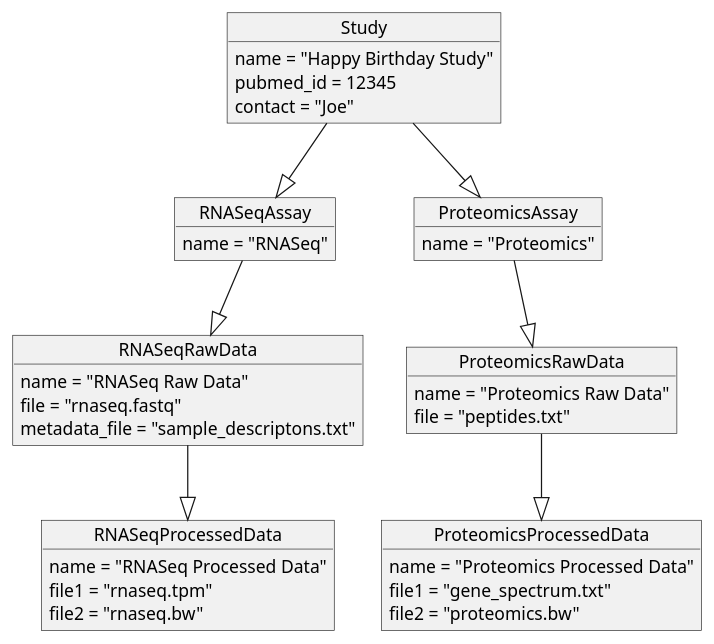
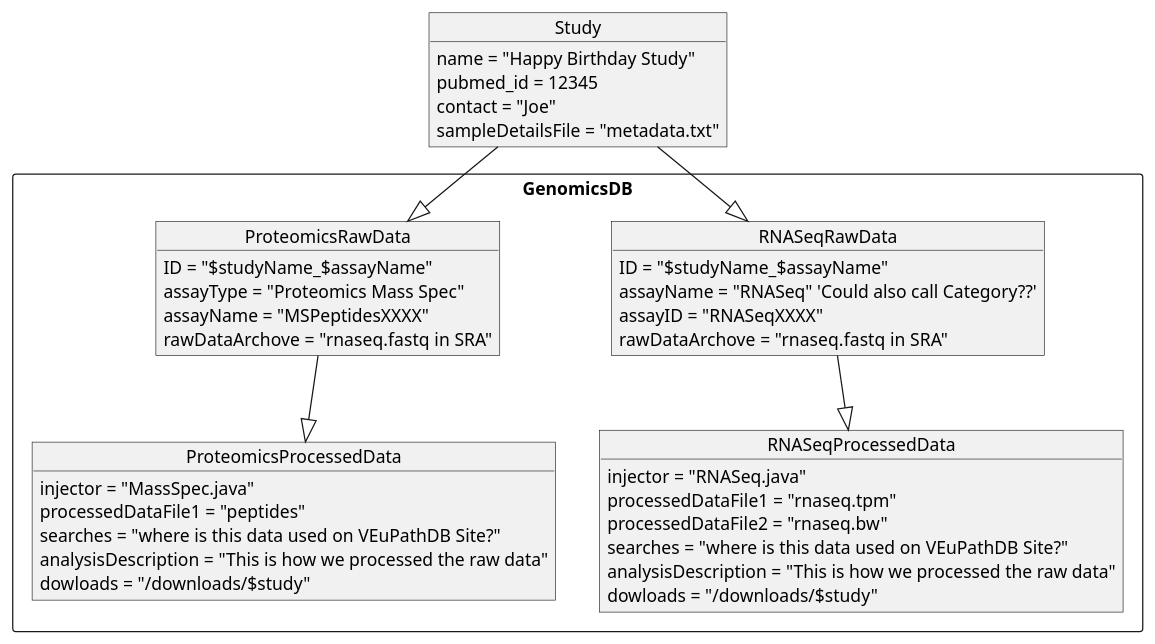
One commit to jbrestel/org-docs changed the second of 9 diagrams in project_planning/projectPages.org. Above: the diagram before and after it, drawn with PlantUML. The commit also changed other lines of this file and 7 other files, not shown here.

```diff
--- a/project_planning/projectPages.org
+++ b/project_planning/projectPages.org
@@ -43,39 +43,45 @@
 #+begin_src plantuml :file images/multiple_assays_uml.png :exports both
   object Study {
           name = "Happy Birthday Study"
           pubmed_id = 12345
           contact = "Joe"
+          sampleDetailsFile = "metadata.txt"
+}
+  rectangle GenomicsDB {
+
+        object RNASeqRawData {
+                ID = "$studyName_$assayName"
+                assayName = "RNASeq" 'Could also call Category??'
+                assayID = "RNASeqXXXX"
+                rawDataArchove = "rnaseq.fastq in SRA"
+        }
+        object RNASeqProcessedData {
+                injector = "RNASeq.java"
+                processedDataFile1 = "rnaseq.tpm"
+                processedDataFile2 = "rnaseq.bw"
+                searches = "where is this data used on VEuPathDB Site?"
+                analysisDescription = "This is how we processed the raw data"
+                dowloads = "/downloads/$study"
+        }
+
+
+        object ProteomicsRawData {
+                ID = "$studyName_$assayName"
+                assayType = "Proteomics Mass Spec"
+                assayName = "MSPeptidesXXXX"
+                rawDataArchove = "rnaseq.fastq in SRA"
+        }
+
+        object ProteomicsProcessedData {
+                injector = "MassSpec.java"
+                processedDataFile1 = "peptides"
+                searches = "where is this data used on VEuPathDB Site?"
+                analysisDescription = "This is how we processed the raw data"
+                dowloads = "/downloads/$study"
+        }
   }
-  object RNASeqAssay {
-          name = "RNASeq"
-  }
-  object ProteomicsAssay {
-          name = "Proteomics"
-  }
-  object RNASeqRawData {
-          name = "RNASeq Raw Data"
-          file = "rnaseq.fastq"
-          metadata_file = "sample_descriptons.txt"
-  }
-  object RNASeqProcessedData {
-          name = "RNASeq Processed Data"
-          file1 = "rnaseq.tpm"
-          file2 = "rnaseq.bw"
-  }
-  object ProteomicsRawData {
-          name = "Proteomics Raw Data"
-          file = "peptides.txt"
-  }
-  object ProteomicsProcessedData {
-          name = "Proteomics Processed Data"
-          file1 = "gene_spectrum.txt"
-          file2 = "proteomics.bw"
-  }
-
-  Study --|> RNASeqAssay
-  Study --|> ProteomicsAssay
-  RNASeqAssay --|> RNASeqRawData
-  ProteomicsAssay --|> ProteomicsRawData
-  RNASeqRawData --|> RNASeqProcessedData
-  ProteomicsRawData --|> ProteomicsProcessedData
+  Study --|> RNASeqRawData
+RNASeqRawData --|> RNASeqProcessedData
+  Study --|> ProteomicsRawData
+ProteomicsRawData --|> ProteomicsProcessedData
   #+end_src
```
